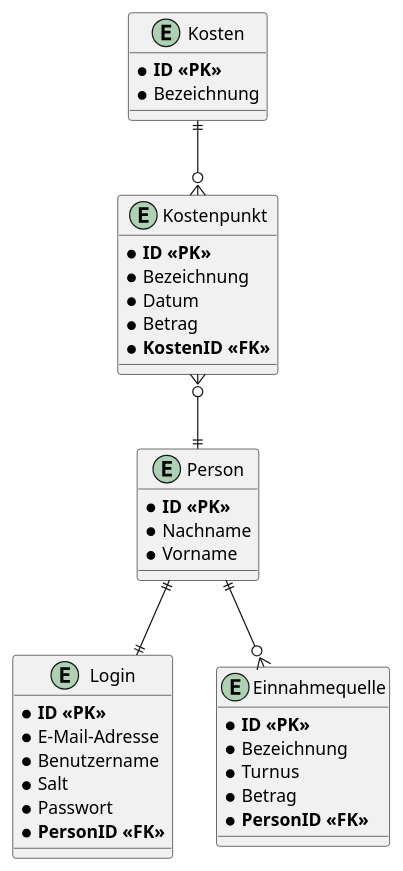
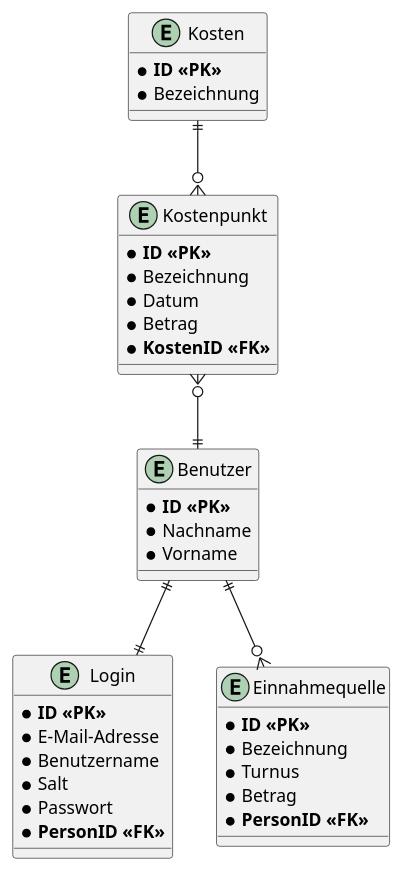
The diagram in designs/ERM.puml (justinhada/StatementOfQosts), drawn with PlantUML before and after one commit. The commit also changed 32 other files, not shown here.

```diff
--- a/designs/ERM.puml
+++ b/designs/ERM.puml
@@ -1,47 +1,47 @@
 @startuml
 entity Kostenpunkt
 {
     * **ID <<PK>>**
     * Bezeichnung
     * Datum
     * Betrag
     * **KostenID <<FK>>**
 }
 
-entity Person
+entity Benutzer
 {
     * **ID <<PK>>**
     * Nachname
     * Vorname
 }
 
 entity Login
 {
     * **ID <<PK>>**
     * E-Mail-Adresse
     * Benutzername
     * Salt
     * Passwort
     * **PersonID <<FK>>**
 }
 
 entity Kosten
 {
     * **ID <<PK>>**
     * Bezeichnung
 }
 
 entity Einnahmequelle
 {
     * **ID <<PK>>**
     * Bezeichnung
     * Turnus
     * Betrag
     * **PersonID <<FK>>**
 }
 
 Kosten ||--o{ Kostenpunkt
-Kostenpunkt }o--|| Person
-Person ||--o{ Einnahmequelle
-Person ||--|| Login
+Kostenpunkt }o--|| Benutzer
+Benutzer ||--o{ Einnahmequelle
+Benutzer ||--|| Login
 @enduml
```
